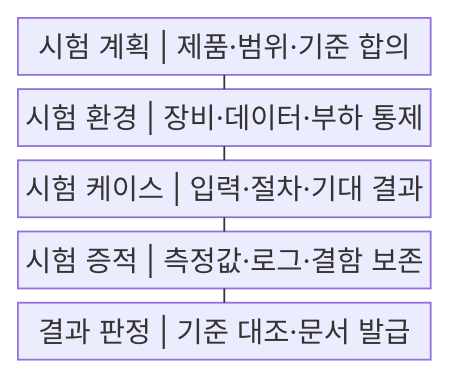
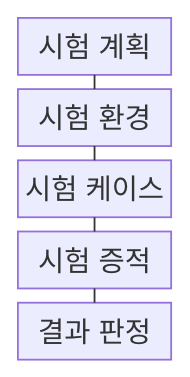
Before and after one commit to agnusdei1207/knowledge-base: the first of 2 diagrams in src/content/docs/notes/03-software/186_tta_sw_quality_test.md, drawn with Mermaid. The commit also changed other lines of this file and 238 other files, not shown here.

````diff
--- a/src/content/docs/notes/03-software/186_tta_sw_quality_test.md
+++ b/src/content/docs/notes/03-software/186_tta_sw_quality_test.md
@@ -49,13 +49,13 @@
 ```mermaid
-block
+block-beta
     columns 1
-    A["시험 계획 | 제품·범위·기준 합의"]
-    B["시험 환경 | 장비·데이터·부하 통제"]
-    C["시험 케이스 | 입력·절차·기대 결과"]
-    D["시험 증적 | 측정값·로그·결함 보존"]
-    E["결과 판정 | 기준 대조·문서 발급"]
+    A["시험 계획"]
+    B["시험 환경"]
+    C["시험 케이스"]
+    D["시험 증적"]
+    E["결과 판정"]
     A --- B
     B --- C
     C --- D
     D --- E
 ```
````
